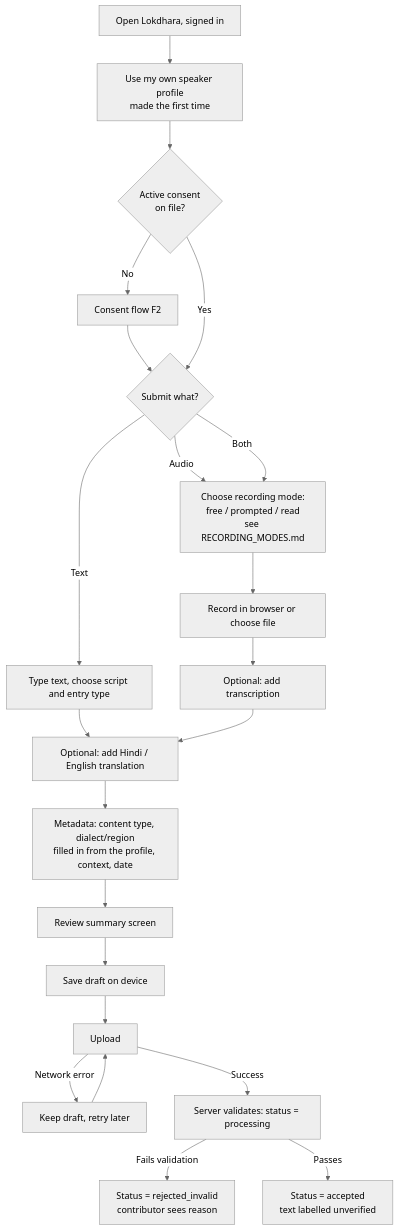
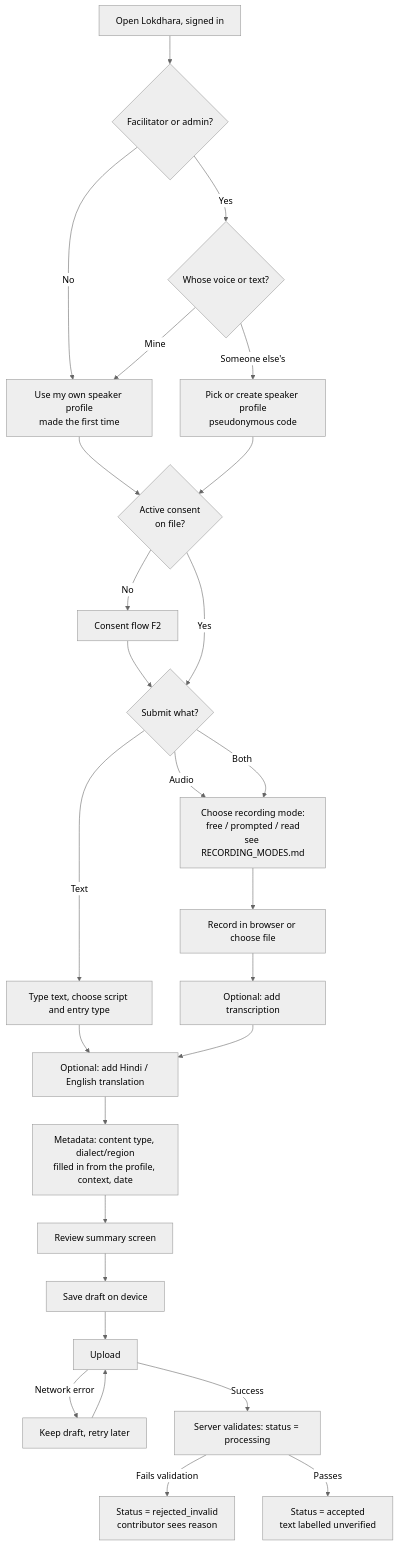
One commit to AyushSoni3398/lokdhara changed the second of 6 diagrams in docs/USER_FLOWS.md. Above: the diagram before and after it, drawn with Mermaid (neutral theme). The commit also changed other lines of this file and 2 other files, not shown here.

Commit message:
docs: show facilitators choosing whose voice a recording is

````diff
--- a/docs/USER_FLOWS.md
+++ b/docs/USER_FLOWS.md
@@ -26,23 +26,28 @@
 ```mermaid
 flowchart TD
-    A[Open Lokdhara, signed in] --> C[Use my own speaker profile<br/>made the first time]
+    A[Open Lokdhara, signed in] --> B{Facilitator or admin?}
+    B -->|No| C[Use my own speaker profile<br/>made the first time]
+    B -->|Yes| B2{Whose voice or text?}
+    B2 -->|Mine| C
+    B2 -->|Someone else's| D[Pick or create speaker profile<br/>pseudonymous code]
     C --> E{Active consent<br/>on file?}
+    D --> E
     E -->|No| F[Consent flow F2]
     F --> G
     E -->|Yes| G{Submit what?}
     G -->|Audio| H0[Choose recording mode:<br/>free / prompted / read<br/>see RECORDING_MODES.md] --> H[Record in browser or choose file]
     G -->|Text| I[Type text, choose script and entry type]
     G -->|Both| H0
     H --> J[Optional: add transcription]
     I --> K[Optional: add Hindi / English translation]
     J --> K
     K --> L[Metadata: content type, dialect/region<br/>filled in from the profile, context, date]
     L --> M[Review summary screen]
     M --> N[Save draft on device]
     N --> O[Upload]
     O -->|Network error| P[Keep draft, retry later]
     P --> O
     O -->|Success| Q[Server validates: status = processing]
     Q -->|Fails validation| R[Status = rejected_invalid<br/>contributor sees reason]
     Q -->|Passes| S[Status = accepted<br/>text labelled unverified]
 ```
````
